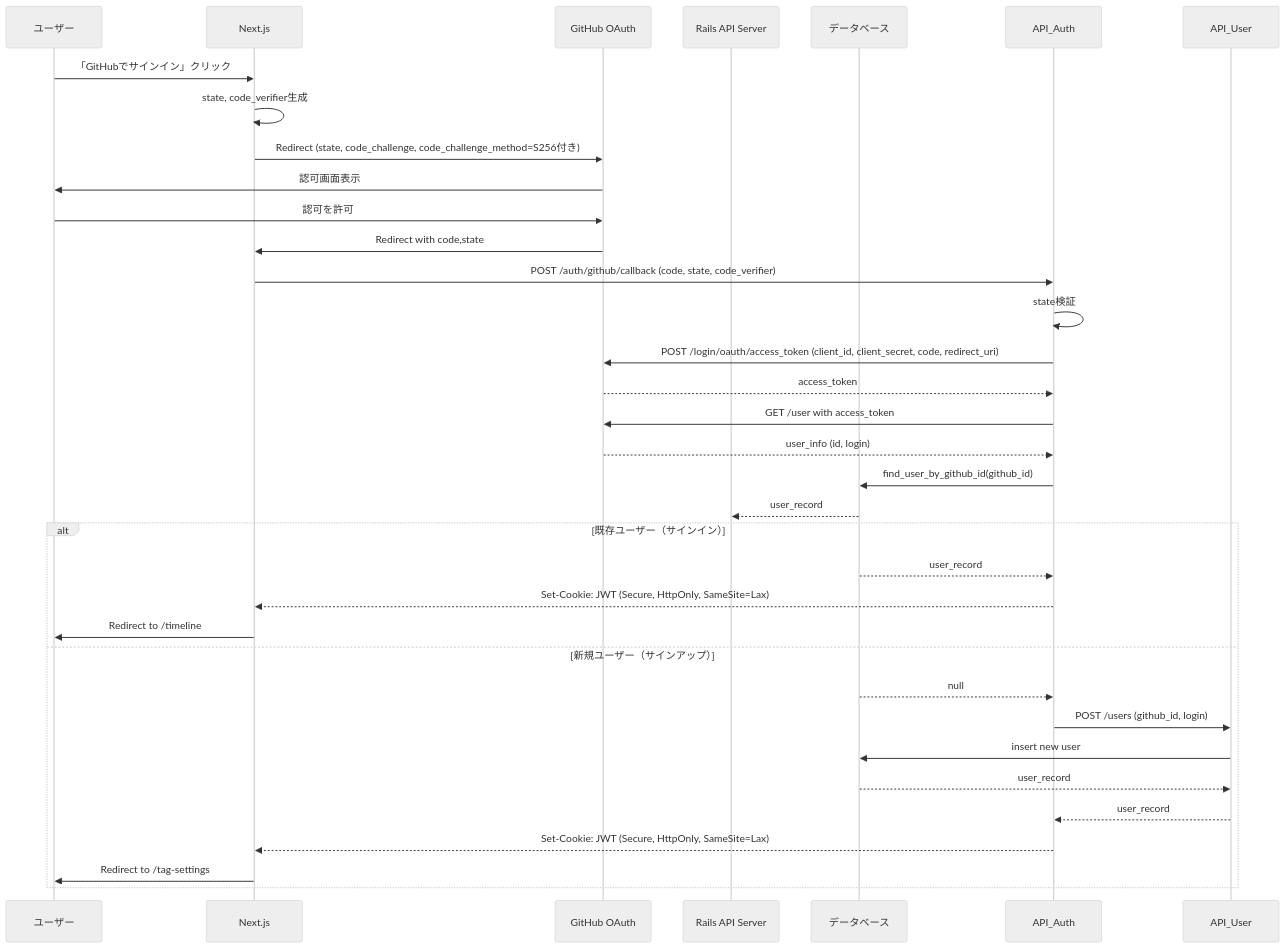
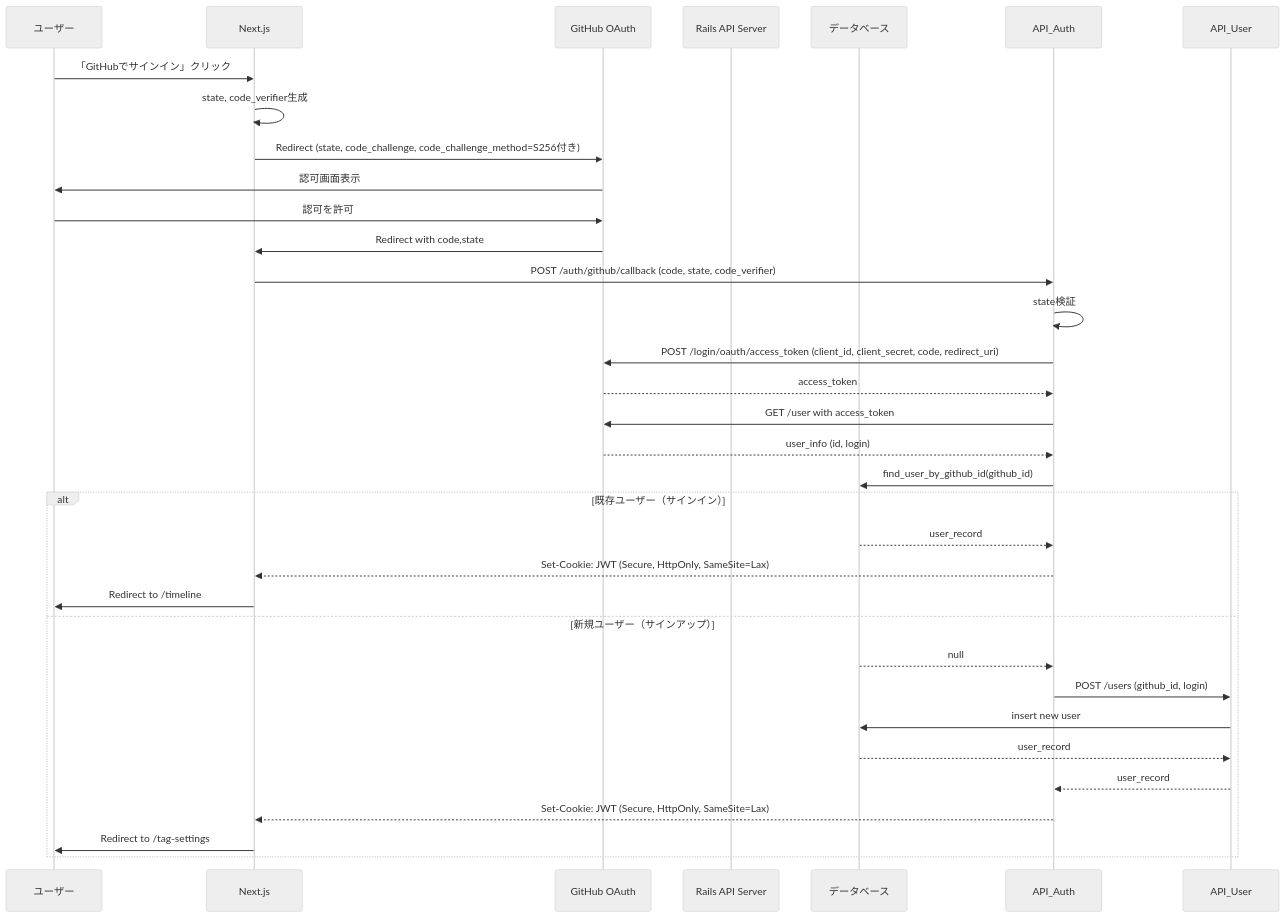
One commit to tsukuneA1/git-feed changed the diagram in signin-sequence.md. Above: the diagram before and after it, drawn with Mermaid (neutral theme).

````diff
--- a/signin-sequence.md
+++ b/signin-sequence.md
@@ -1,39 +1,35 @@
 ```mermaid
 sequenceDiagram
     participant User as ユーザー
     participant Frontend as Next.js
     participant GitHub as GitHub OAuth
     participant API as Rails API Server
     participant DB as データベース
 
     User ->> Frontend: 「GitHubでサインイン」クリック
     Frontend ->> Frontend: state, code_verifier生成
     Frontend ->> GitHub: Redirect (state, code_challenge, code_challenge_method=S256付き)
     GitHub ->> User: 認可画面表示
     User ->> GitHub: 認可を許可
     GitHub ->> Frontend: Redirect with code,state
-
     Frontend ->> API_Auth: POST /auth/github/callback (code, state, code_verifier)
     API_Auth ->> API_Auth: state検証
     API_Auth ->> GitHub: POST /login/oauth/access_token (client_id, client_secret, code, redirect_uri)
     GitHub -->> API_Auth: access_token
     API_Auth ->> GitHub: GET /user with access_token
     GitHub -->> API_Auth: user_info (id, login)
-
     API_Auth ->> DB: find_user_by_github_id(github_id)
-
-    DB -->> API: user_record
     alt 既存ユーザー（サインイン）
         DB -->> API_Auth: user_record
         API_Auth -->> Frontend: Set-Cookie: JWT (Secure, HttpOnly, SameSite=Lax)
         Frontend ->> User: Redirect to /timeline
     else 新規ユーザー（サインアップ）
         DB -->> API_Auth: null
         API_Auth ->> API_User: POST /users (github_id, login)
         API_User ->> DB: insert new user
         DB -->> API_User: user_record
         API_User -->> API_Auth: user_record
         API_Auth -->> Frontend: Set-Cookie: JWT (Secure, HttpOnly, SameSite=Lax)
         Frontend ->> User: Redirect to /tag-settings
     end
 ```
````
